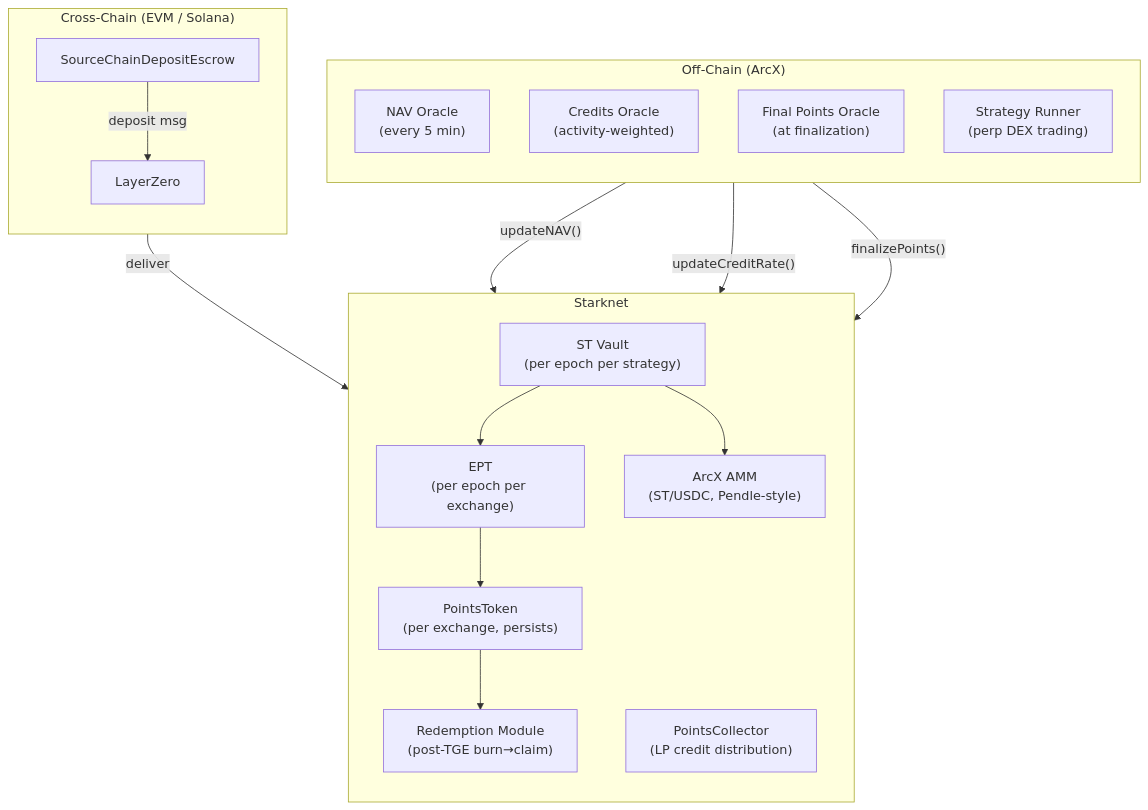
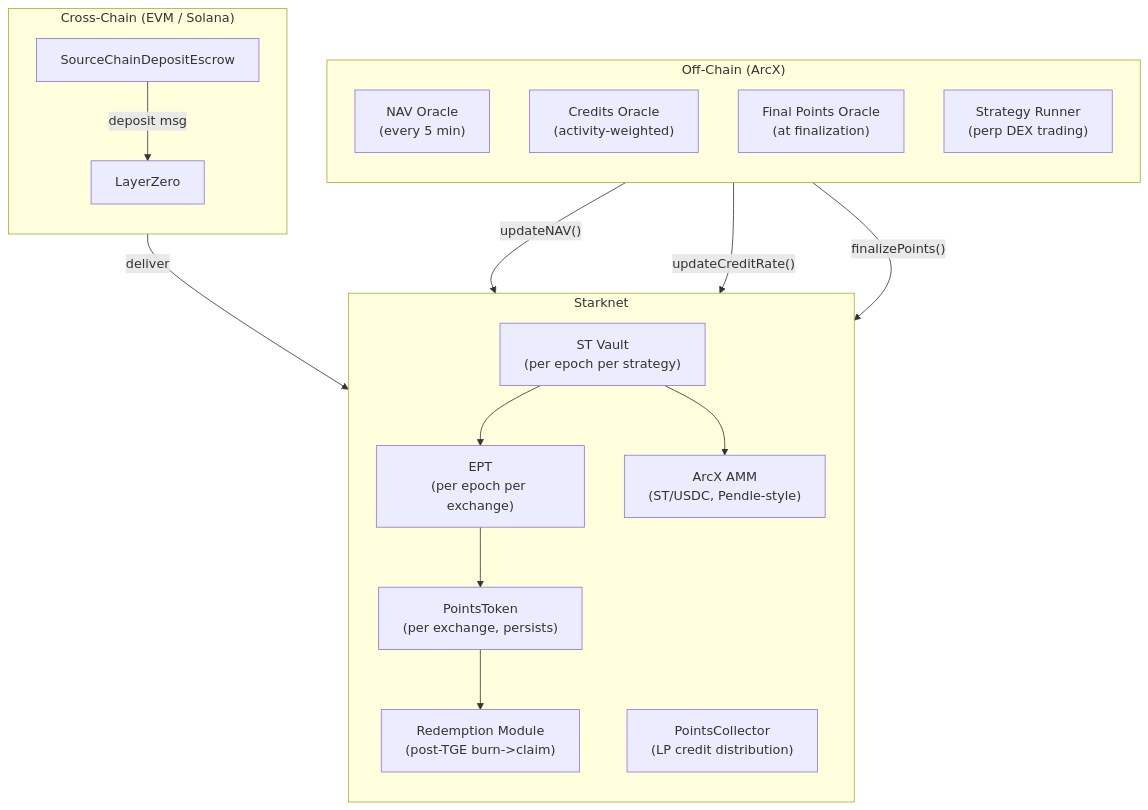
Before and after one commit to karnotxyz/docs: the diagram in build/developer-integration-guide.mdx, drawn with Mermaid. The commit also changed other lines of this file, not shown here.

````diff
--- a/build/developer-integration-guide.mdx
+++ b/build/developer-integration-guide.mdx
@@ -23,37 +34,37 @@
 ```mermaid
 flowchart TB
     subgraph STARKNET["Starknet"]
         direction TB
-        STV["ST Vault\n(per epoch per strategy)"]
-        EPT["EPT\n(per epoch per exchange)"]
-        PT["PointsToken\n(per exchange, persists)"]
-        RM["Redemption Module\n(post-TGE burn→claim)"]
-        AMM["ArcX AMM\n(ST/USDC, Pendle-style)"]
-        PC["PointsCollector\n(LP credit distribution)"]
+        STV["ST Vault<br/>(per epoch per strategy)"]
+        EPT["EPT<br/>(per epoch per exchange)"]
+        PT["PointsToken<br/>(per exchange, persists)"]
+        RM["Redemption Module<br/>(post-TGE burn->claim)"]
+        AMM["ArcX AMM<br/>(ST/USDC, Pendle-style)"]
+        PC["PointsCollector<br/>(LP credit distribution)"]
 
         STV --> EPT
         EPT --> PT
         PT --> RM
         STV --> AMM
     end
 
     subgraph OFFCHAIN["Off-Chain (ArcX)"]
         direction TB
-        NAV["NAV Oracle\n(every 5 min)"]
-        CR["Credits Oracle\n(activity-weighted)"]
-        FP["Final Points Oracle\n(at finalization)"]
-        SR["Strategy Runner\n(perp DEX trading)"]
+        NAV["NAV Oracle<br/>(every 5 min)"]
+        CR["Credits Oracle<br/>(activity-weighted)"]
+        FP["Final Points Oracle<br/>(at finalization)"]
+        SR["Strategy Runner<br/>(perp DEX trading)"]
     end
 
     subgraph CROSSCHAIN["Cross-Chain (EVM / Solana)"]
         direction TB
         ESC["SourceChainDepositEscrow"]
         LZ["LayerZero"]
     end
 
     NAV -->|"updateNAV()"| STV
     CR -->|"updateCreditRate()"| EPT
     FP -->|"finalizePoints()"| EPT
     ESC -->|"deposit msg"| LZ
     LZ -->|"deliver"| STV
 ```
````
